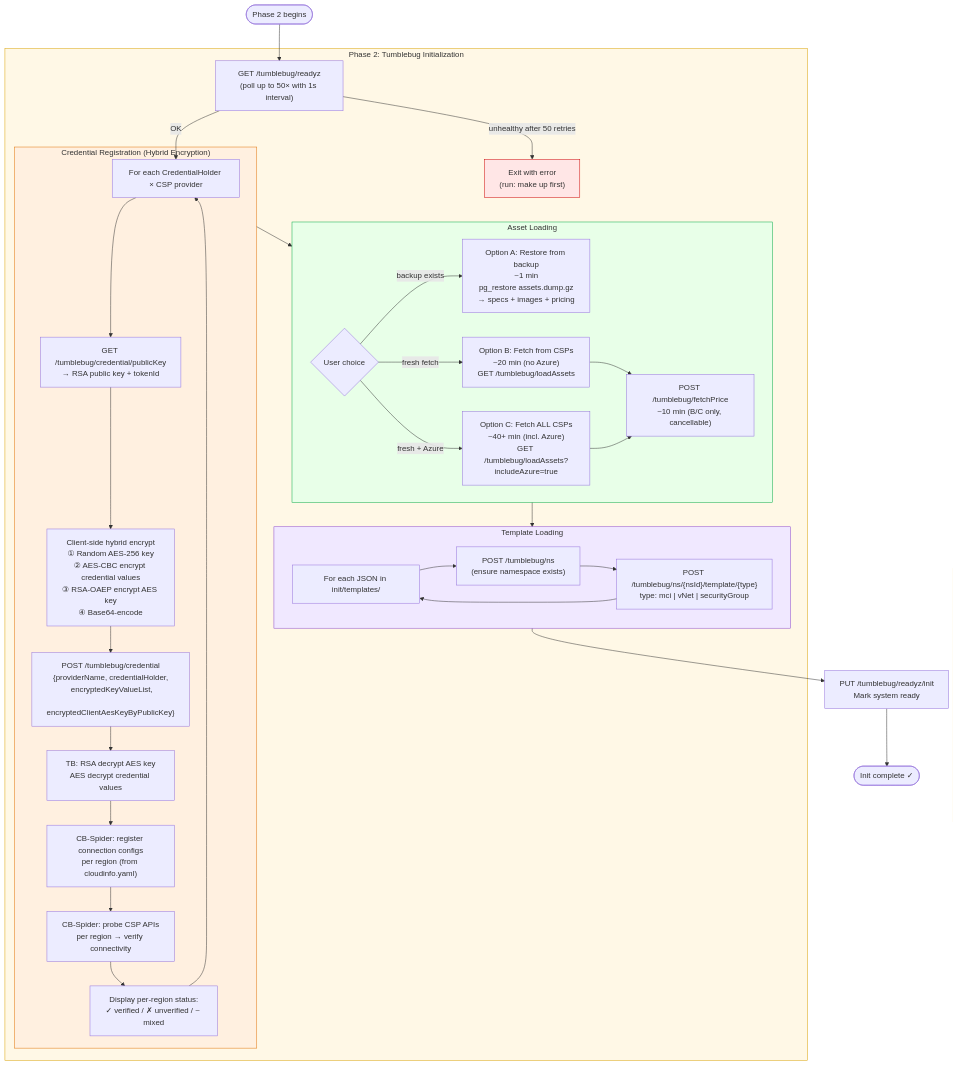
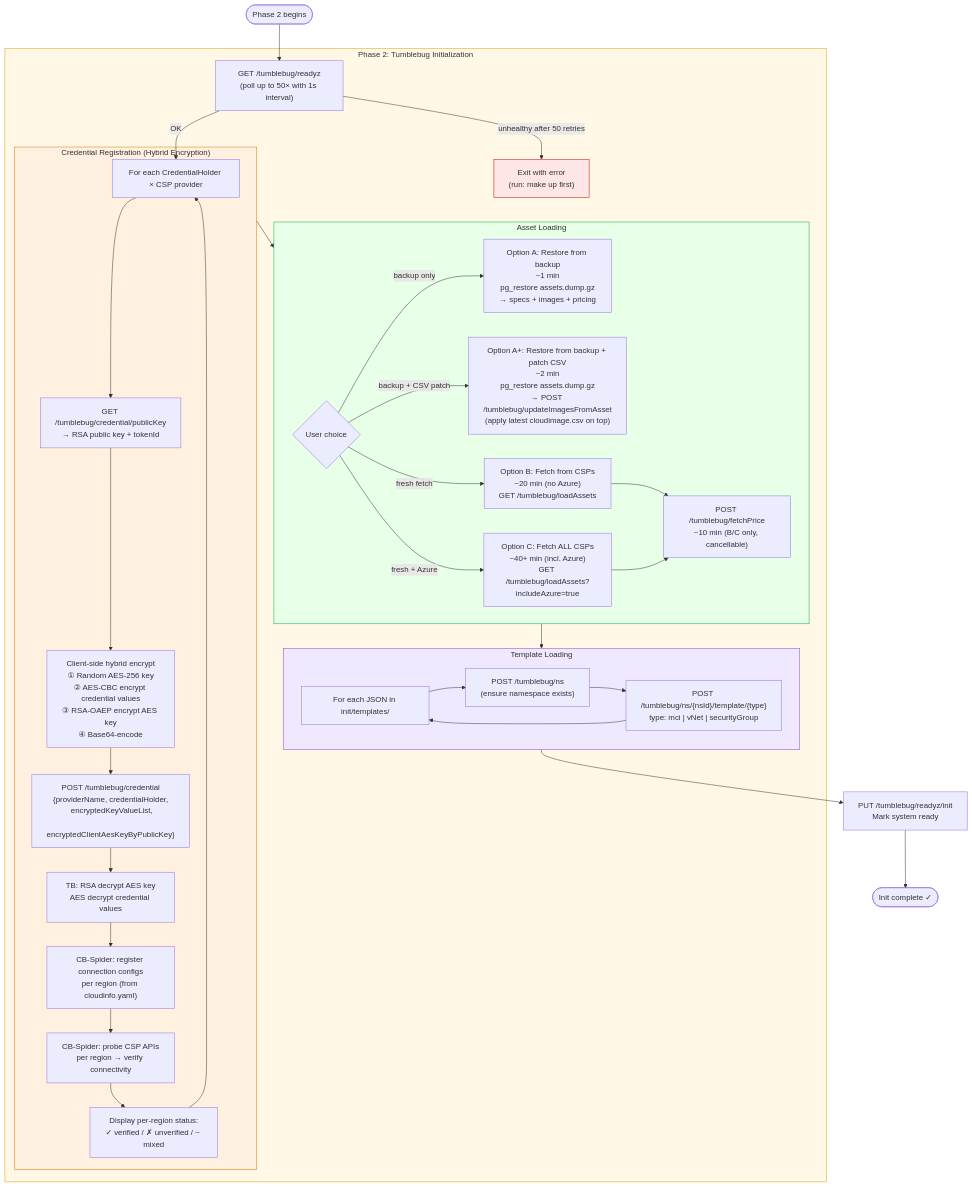
Before and after one commit to cloud-barista/cb-tumblebug: the fifth of 6 diagrams in docs/feature_guide/make-init-workflow.md, drawn with Mermaid. The commit also changed other lines of this file and 1 other file, not shown here.

````diff
--- a/docs/feature_guide/make-init-workflow.md
+++ b/docs/feature_guide/make-init-workflow.md
@@ -316,54 +325,56 @@
 ```mermaid
 flowchart TD
     Start([Phase 2 begins]) --> Health
 
     subgraph Phase2["Phase 2: Tumblebug Initialization"]
         Health["GET /tumblebug/readyz\n(poll up to 50× with 1s interval)"]
         Health -->|unhealthy after 50 retries| ErrTB["Exit with error\n(run: make up first)"]
         Health -->|OK| CredLoop
 
         subgraph CredReg["Credential Registration (Hybrid Encryption)"]
             CredLoop["For each CredentialHolder × CSP provider"]
             GetKey["GET /tumblebug/credential/publicKey\n→ RSA public key + tokenId"]
             Encrypt["Client-side hybrid encrypt\n① Random AES-256 key\n② AES-CBC encrypt credential values\n③ RSA-OAEP encrypt AES key\n④ Base64-encode"]
             Post["POST /tumblebug/credential\n{providerName, credentialHolder,\n encryptedKeyValueList,\n encryptedClientAesKeyByPublicKey}"]
             Decrypt2["TB: RSA decrypt AES key\nAES decrypt credential values"]
             SpiderReg["CB-Spider: register connection configs\nper region (from cloudinfo.yaml)"]
             Probe["CB-Spider: probe CSP APIs\nper region → verify connectivity"]
             Report["Display per-region status:\n✓ verified / ✗ unverified / ~ mixed"]
             CredLoop --> GetKey --> Encrypt --> Post --> Decrypt2 --> SpiderReg --> Probe --> Report --> CredLoop
         end
 
         subgraph AssetLoad["Asset Loading"]
             Choice{User choice}
             OptA["Option A: Restore from backup\n~1 min\npg_restore assets.dump.gz\n→ specs + images + pricing"]
+            OptAPlus["Option A+: Restore from backup + patch CSV\n~2 min\npg_restore assets.dump.gz\n→ POST /tumblebug/updateImagesFromAsset\n(apply latest cloudimage.csv on top)"]
             OptB["Option B: Fetch from CSPs\n~20 min (no Azure)\nGET /tumblebug/loadAssets"]
             OptC["Option C: Fetch ALL CSPs\n~40+ min (incl. Azure)\nGET /tumblebug/loadAssets?includeAzure=true"]
             Price["POST /tumblebug/fetchPrice\n~10 min (B/C only, cancellable)"]
 
-            Choice -->|backup exists| OptA
+            Choice -->|backup only| OptA
+            Choice -->|backup + CSV patch| OptAPlus
             Choice -->|fresh fetch| OptB
             Choice -->|fresh + Azure| OptC
             OptB --> Price
             OptC --> Price
         end
 
         subgraph TplLoad["Template Loading"]
             TplLoop["For each JSON in init/templates/"]
             EnsureNS["POST /tumblebug/ns\n(ensure namespace exists)"]
             PostTpl["POST /tumblebug/ns/{nsId}/template/{type}\ntype: mci | vNet | securityGroup"]
             TplLoop --> EnsureNS --> PostTpl --> TplLoop
         end
 
         CredReg --> AssetLoad --> TplLoad
     end
 
     TplLoad --> Ready["PUT /tumblebug/readyz/init\nMark system ready"]
     Ready --> Done([Init complete ✓])
 
     style Phase2 fill:#fff8e6,stroke:#d9a000
     style ErrTB fill:#ffe6e6,stroke:#cc0000
     style CredReg fill:#fff0e0,stroke:#e07000
     style AssetLoad fill:#e8ffe8,stroke:#00aa44
     style TplLoad fill:#f0e8ff,stroke:#8844cc
 ```
````
